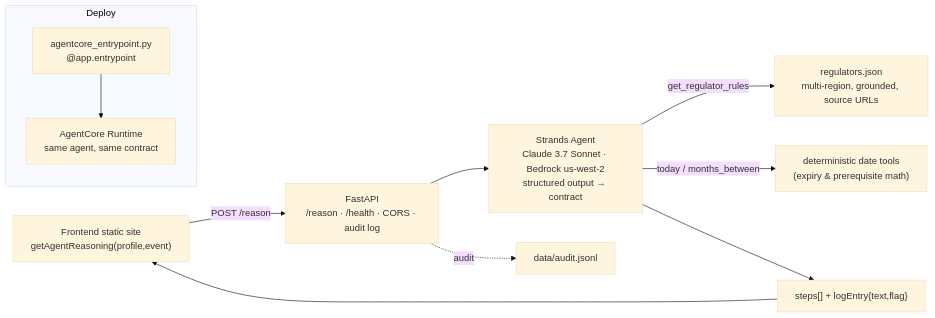
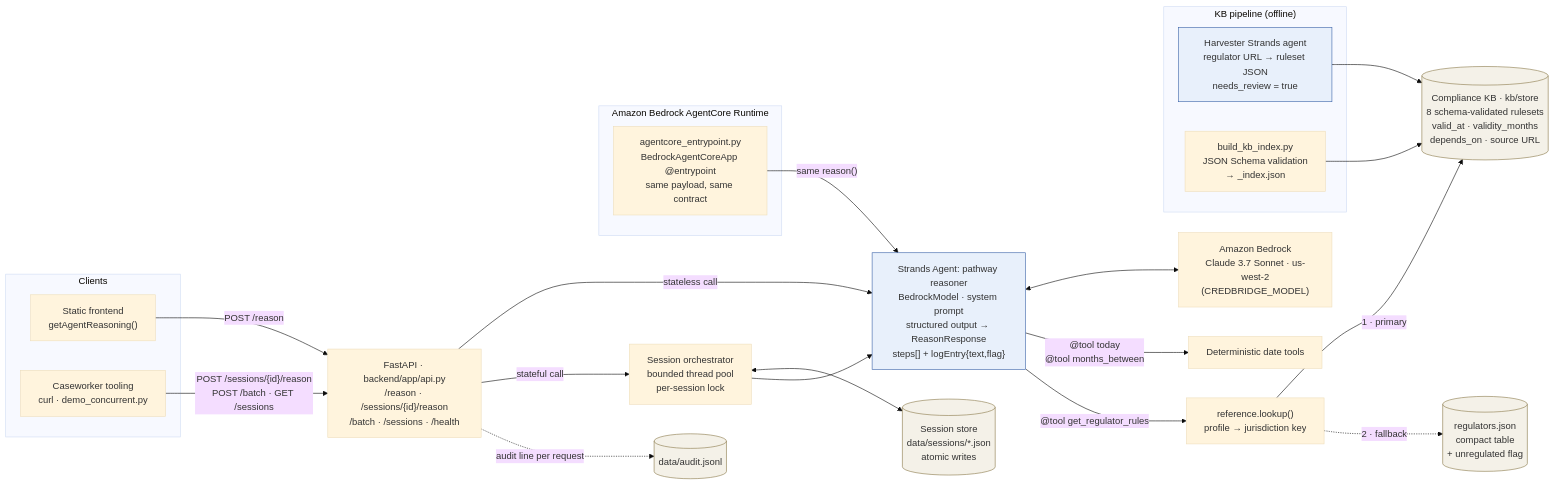
Before and after one commit to youssefnashat/Credential-Bridge: the diagram in docs/ARCHITECTURE.md, drawn with Mermaid (base theme). The commit also changed other lines of this file and 10 other files, not shown here.

````diff
--- a/docs/ARCHITECTURE.md
+++ b/docs/ARCHITECTURE.md
@@ -3,13 +9,41 @@
 ```mermaid
 flowchart LR
-  FE["Frontend static site<br/>getAgentReasoning(profile,event)"] -- "POST /reason" --> API["FastAPI<br/>/reason · /health · CORS · audit log"]
-  API --> AG["Strands Agent<br/>Claude 3.7 Sonnet · Bedrock us-west-2<br/>structured output → contract"]
-  AG -- get_regulator_rules --> REF["regulators.json<br/>multi-region, grounded, source URLs"]
-  AG -- today / months_between --> CALC["deterministic date tools<br/>(expiry & prerequisite math)"]
-  AG --> OUT["steps[] + logEntry{text,flag}"]
-  OUT --> FE
-  subgraph Deploy
-    ENTRY["agentcore_entrypoint.py<br/>@app.entrypoint"] --> RT["AgentCore Runtime<br/>same agent, same contract"]
+  subgraph Clients
+    FE["Static frontend<br/>getAgentReasoning()"]
+    CW["Caseworker tooling<br/>curl · demo_concurrent.py"]
   end
-  API -. audit .-> LOG["data/audit.jsonl"]
+
+  FE -- "POST /reason" --> API
+  CW -- "POST /sessions/{id}/reason<br/>POST /batch · GET /sessions" --> API
+
+  API["FastAPI · backend/app/api.py<br/>/reason · /sessions/{id}/reason<br/>/batch · /sessions · /health"]
+  API -- "stateless call" --> AG
+  API -- "stateful call" --> ORCH["Session orchestrator<br/>bounded thread pool<br/>per-session lock"]
+  ORCH <--> SS[("Session store<br/>data/sessions/*.json<br/>atomic writes")]
+  ORCH --> AG
+  API -. "audit line per request" .-> LOG[("data/audit.jsonl")]
+
+  AG["Strands Agent: pathway reasoner<br/>BedrockModel · system prompt<br/>structured output → ReasonResponse<br/>steps[] + logEntry{text,flag}"]
+  AG <--> BR["Amazon Bedrock<br/>Claude 3.7 Sonnet · us-west-2<br/>(CREDBRIDGE_MODEL)"]
+  AG -- "@tool today<br/>@tool months_between" --> DT["Deterministic date tools"]
+  AG -- "@tool get_regulator_rules" --> LK["reference.lookup()<br/>profile → jurisdiction key"]
+  LK -- "1 · primary" --> KB[("Compliance KB · kb/store<br/>8 schema-validated rulesets<br/>valid_at · validity_months<br/>depends_on · source URL")]
+  LK -. "2 · fallback" .-> RJ[("regulators.json<br/>compact table<br/>+ unregulated flag")]
+
+  subgraph PIPE["KB pipeline (offline)"]
+    HV["Harvester Strands agent<br/>regulator URL → ruleset JSON<br/>needs_review = true"]
+    VAL["build_kb_index.py<br/>JSON Schema validation<br/>→ _index.json"]
+  end
+  HV --> KB
+  VAL --> KB
+
+  subgraph RT["Amazon Bedrock AgentCore Runtime"]
+    ENTRY["agentcore_entrypoint.py<br/>BedrockAgentCoreApp @entrypoint<br/>same payload, same contract"]
+  end
+  ENTRY -- "same reason()" --> AG
+
+  classDef store fill:#f4f1e8,stroke:#8a7a4a;
+  classDef agent fill:#e8f0fb,stroke:#3a62a8;
+  class KB,RJ,SS,LOG store;
+  class AG,HV agent;
 ```
````
